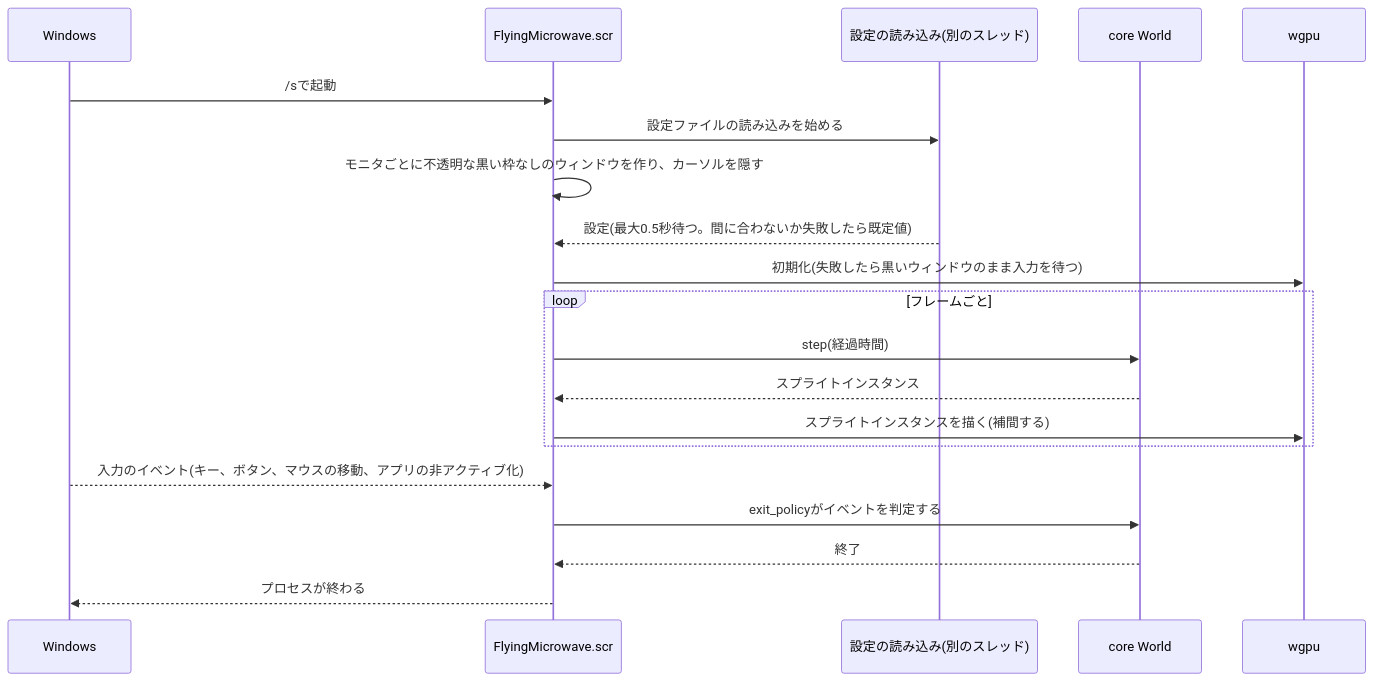
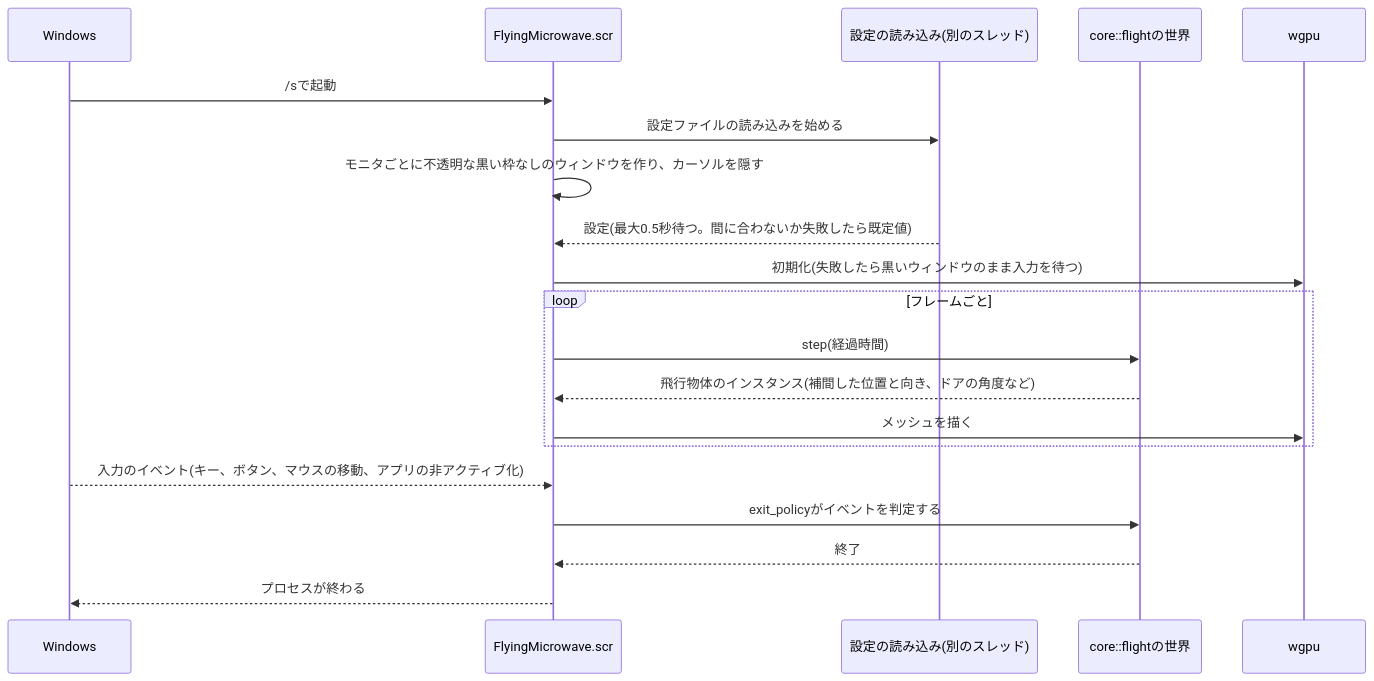
The third of 3 diagrams in docs/design/architecture.md (suchi/flying-microwave), drawn with Mermaid before and after one commit. The commit also changed other lines of this file and 20 other files, not shown here.

````diff
--- a/docs/design/architecture.md
+++ b/docs/design/architecture.md
@@ -140,22 +146,22 @@
 ```mermaid
 sequenceDiagram
     participant OS as Windows
     participant App as FlyingMicrowave.scr
     participant Cfg as 設定の読み込み(別のスレッド)
-    participant Core as core World
+    participant Core as core::flightの世界
     participant GPU as wgpu
     OS->>App: /sで起動
     App->>Cfg: 設定ファイルの読み込みを始める
     App->>App: モニタごとに不透明な黒い枠なしのウィンドウを作り、カーソルを隠す
     Cfg-->>App: 設定(最大0.5秒待つ。間に合わないか失敗したら既定値)
     App->>GPU: 初期化(失敗したら黒いウィンドウのまま入力を待つ)
     loop フレームごと
         App->>Core: step(経過時間)
-        Core-->>App: スプライトインスタンス
-        App->>GPU: スプライトインスタンスを描く(補間する)
+        Core-->>App: 飛行物体のインスタンス(補間した位置と向き、ドアの角度など)
+        App->>GPU: メッシュを描く
     end
     OS-->>App: 入力のイベント(キー、ボタン、マウスの移動、アプリの非アクティブ化)
     App->>Core: exit_policyがイベントを判定する
     Core-->>App: 終了
     App-->>OS: プロセスが終わる
 ```
````
